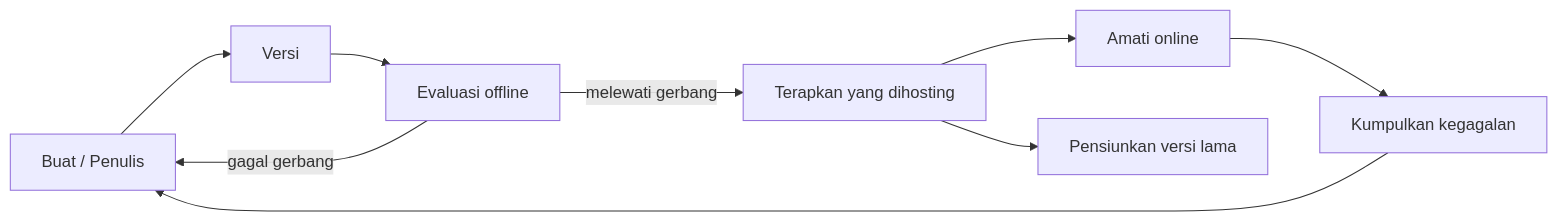
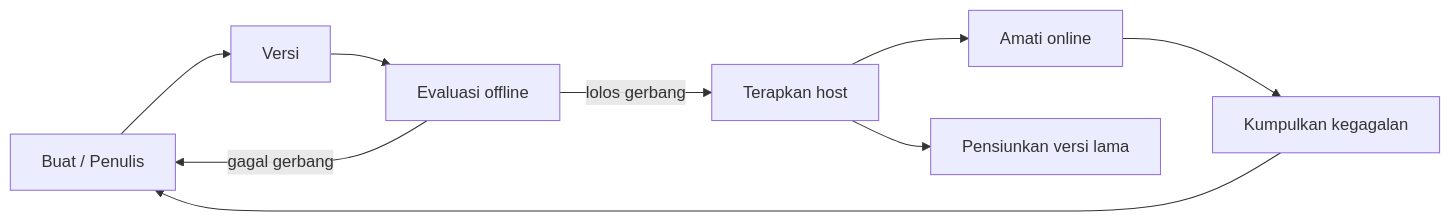
The second of 4 diagrams in mirrors/repos/microsoft@ai-agents-for-beginners/translations/id/16-deploying-scalable-agents/README.md (gabrielmoreira/agent-skills-mirror), drawn with Mermaid before and after one commit. The commit also changed other lines of this file and 3581 other files, not shown here.

````diff
--- a/mirrors/repos/microsoft@ai-agents-for-beginners/translations/id/16-deploying-scalable-agents/README.md
+++ b/mirrors/repos/microsoft@ai-agents-for-beginners/translations/id/16-deploying-scalable-agents/README.md
@@ -108,11 +108,11 @@
 ```mermaid
 flowchart LR
     Create[Buat / Penulis] --> Version[Versi]
     Version --> Evaluate[Evaluasi offline]
-    Evaluate -->|melewati gerbang| Deploy[Terapkan yang dihosting]
+    Evaluate -->|lolos gerbang| Deploy[Terapkan host]
     Evaluate -->|gagal gerbang| Create
     Deploy --> Observe[Amati online]
     Observe --> Improve[Kumpulkan kegagalan]
     Improve --> Create
     Deploy --> Retire[Pensiunkan versi lama]
 ```
````
